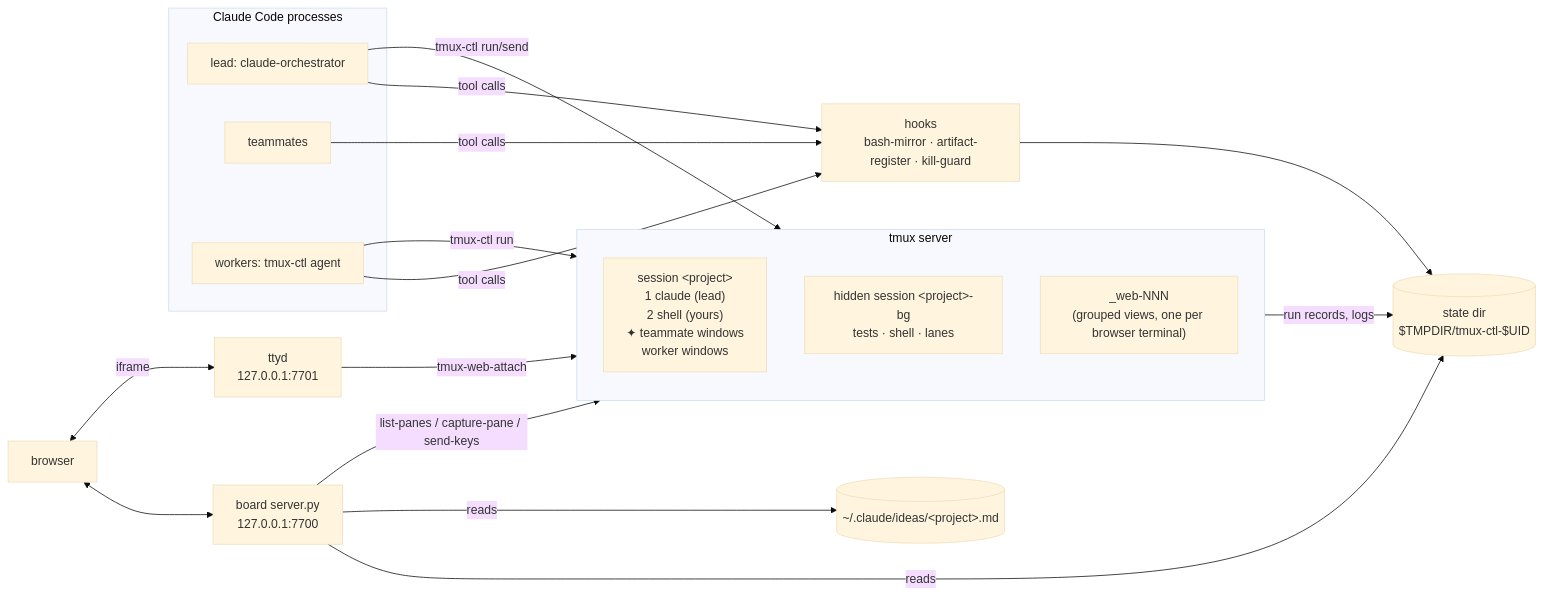
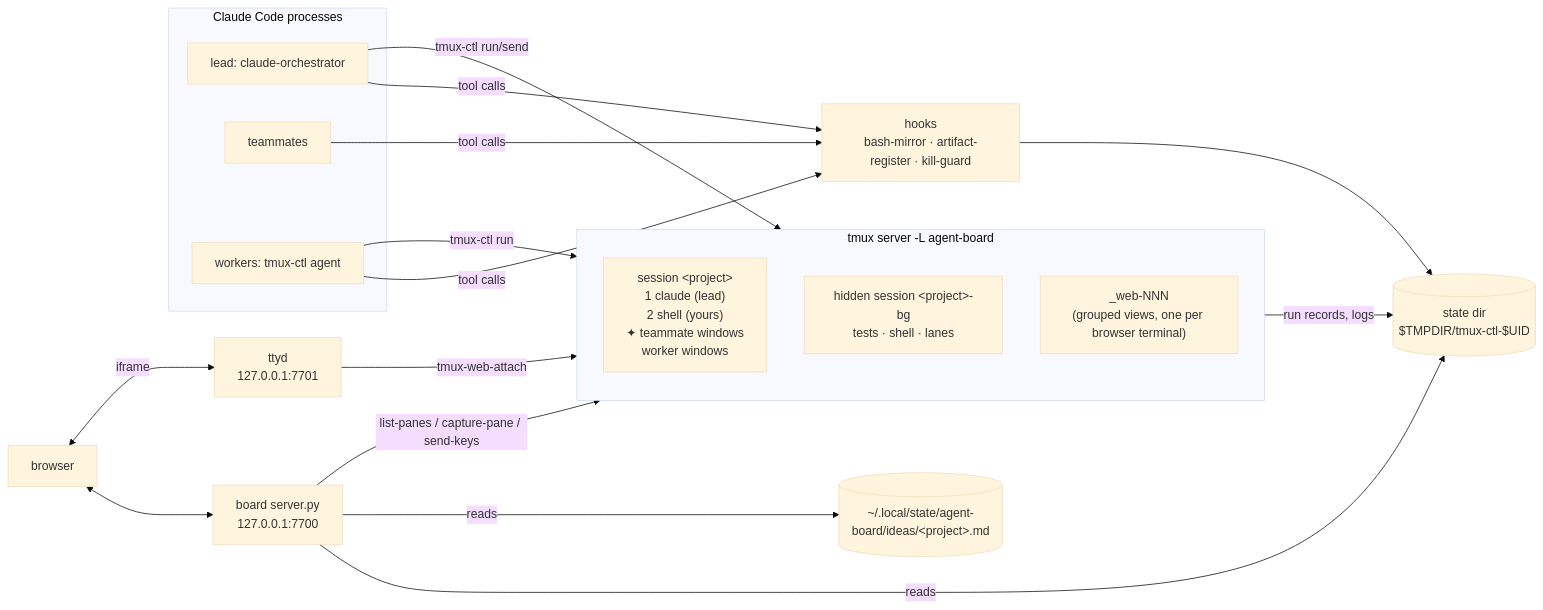
Before and after one commit to cisco-trkkn/agent-board: the first of 2 diagrams in docs/ARCHITECTURE.md, drawn with Mermaid (base theme). The commit also changed other lines of this file and 4 other files, not shown here.

````diff
--- a/docs/ARCHITECTURE.md
+++ b/docs/ARCHITECTURE.md
@@ -11,29 +11,29 @@
 ```mermaid
 flowchart LR
-  subgraph tmux["tmux server"]
+  subgraph tmux["tmux server -L agent-board"]
     direction TB
     P["session &lt;project&gt;<br/>1 claude (lead)<br/>2 shell (yours)<br/>✦ teammate windows<br/>worker windows"]
     BG["hidden session &lt;project&gt;-bg<br/>tests · shell · lanes"]
     W["_web-NNN<br/>(grouped views, one per browser terminal)"]
   end
   subgraph claude["Claude Code processes"]
     L[lead: claude-orchestrator]
     T[teammates]
     K[workers: tmux-ctl agent]
   end
   H["hooks<br/>bash-mirror · artifact-register · kill-guard"]
   S[("state dir<br/>$TMPDIR/tmux-ctl-$UID")]
-  I[("~/.claude/ideas/&lt;project&gt;.md")]
+  I[("~/.local/state/agent-board/ideas/&lt;project&gt;.md")]
   B["board server.py<br/>127.0.0.1:7700"]
   Y["ttyd<br/>127.0.0.1:7701"]
   UI["browser"]
 
   L -- tmux-ctl run/send --> BG
   K -- tmux-ctl run --> BG
   L & T & K -- tool calls --> H --> S
   BG -- run records, logs --> S
   B -- reads --> S & I
   B -- list-panes / capture-pane / send-keys --> tmux
   UI <--> B
   UI <-- iframe --> Y -- tmux-web-attach --> W
 ```
````
